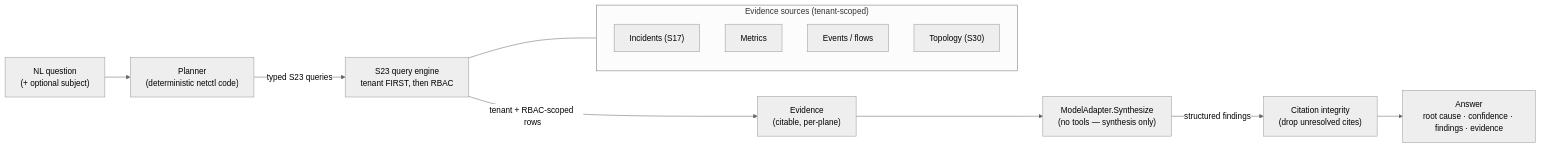
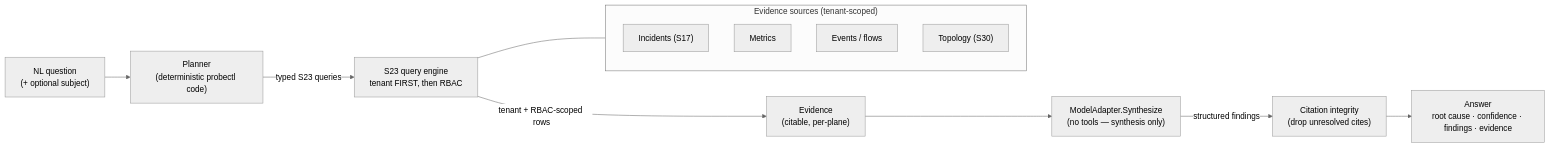
The diagram in docs/ai-rca.md (ctlplne/probectl), drawn with Mermaid (neutral theme) before and after one commit. The commit also changed other lines of this file and 477 other files, not shown here.

First line of the commit message:
chore(rebrand): rename netctl -> probectl across the entire repo

````diff
--- a/docs/ai-rca.md
+++ b/docs/ai-rca.md
@@ -16,17 +16,17 @@
 ```mermaid
 flowchart LR
-  Q["NL question<br/>(+ optional subject)"] --> P["Planner<br/>(deterministic netctl code)"]
+  Q["NL question<br/>(+ optional subject)"] --> P["Planner<br/>(deterministic probectl code)"]
   P -->|"typed S23 queries"| E["S23 query engine<br/>tenant FIRST, then RBAC"]
   E -->|"tenant + RBAC-scoped rows"| G["Evidence<br/>(citable, per-plane)"]
   G --> M["ModelAdapter.Synthesize<br/>(no tools — synthesis only)"]
   M -->|"structured findings"| C["Citation integrity<br/>(drop unresolved cites)"]
   C --> A["Answer<br/>root cause · confidence · findings · evidence"]
 
   subgraph sources["Evidence sources (tenant-scoped)"]
     INC["Incidents (S17)"]
     MET["Metrics"]
     EVT["Events / flows"]
     TOP["Topology (S30)"]
   end
   E --- sources
 ```
````
